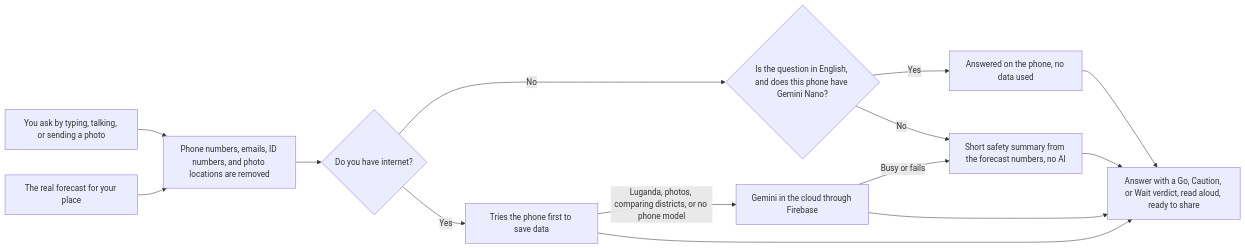
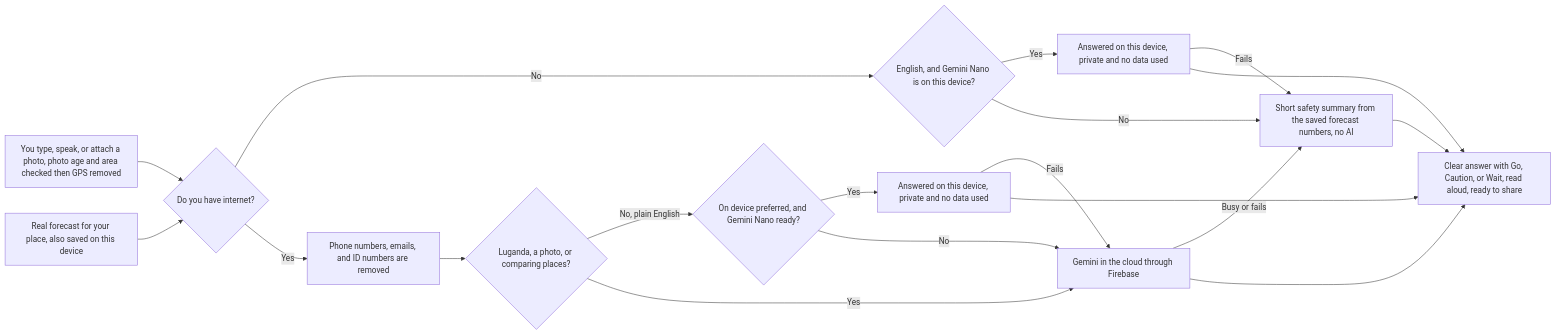
One commit to MarkDanielsMCraft/Uganda-Weather-Hybrid changed the first of 3 diagrams in README.md. Above: the diagram before and after it, drawn with Mermaid. The commit also changed other lines of this file and 3 other files, not shown here.

Commit message:
Update architecture, forecast, and voice diagrams in plain English

````diff
--- a/README.md
+++ b/README.md
@@ -63,16 +63,21 @@
 ```mermaid
 flowchart LR
-  Question["You ask by typing, talking, or sending a photo"] --> Privacy["Phone numbers, emails, ID numbers, and photo locations are removed"]
-  Forecast["The real forecast for your place"] --> Privacy
-  Privacy --> Signal{"Do you have internet?"}
-  Signal -->|"No"| Nano{"Is the question in English, and does this phone have Gemini Nano?"}
-  Nano -->|"Yes"| OnPhone["Answered on the phone, no data used"]
-  Nano -->|"No"| Summary["Short safety summary from the forecast numbers, no AI"]
-  Signal -->|"Yes"| PhoneFirst["Tries the phone first to save data"]
-  PhoneFirst -->|"Luganda, photos, comparing districts, or no phone model"| Cloud["Gemini in the cloud through Firebase"]
+  Question["You type, speak, or attach a photo, photo age and area checked then GPS removed"] --> Signal{"Do you have internet?"}
+  Forecast["Real forecast for your place, also saved on this device"] --> Signal
+  Signal -->|"No"| OffDevice{"English, and Gemini Nano is on this device?"}
+  OffDevice -->|"Yes"| OnDeviceOff["Answered on this device, private and no data used"]
+  OffDevice -->|"No"| Summary["Short safety summary from the saved forecast numbers, no AI"]
+  OnDeviceOff -->|"Fails"| Summary
+  Signal -->|"Yes"| Clean["Phone numbers, emails, and ID numbers are removed"]
+  Clean --> CloudNeed{"Luganda, a photo, or comparing places?"}
+  CloudNeed -->|"No, plain English"| TryDevice{"On device preferred, and Gemini Nano ready?"}
+  TryDevice -->|"Yes"| OnDeviceOn["Answered on this device, private and no data used"]
+  TryDevice -->|"No"| Cloud["Gemini in the cloud through Firebase"]
+  OnDeviceOn -->|"Fails"| Cloud
+  CloudNeed -->|"Yes"| Cloud
   Cloud -->|"Busy or fails"| Summary
-  OnPhone --> Answer["Answer with a Go, Caution, or Wait verdict, read aloud, ready to share"]
-  PhoneFirst --> Answer
+  OnDeviceOff --> Answer["Clear answer with Go, Caution, or Wait, read aloud, ready to share"]
+  OnDeviceOn --> Answer
   Cloud --> Answer
   Summary --> Answer
 ```
````
